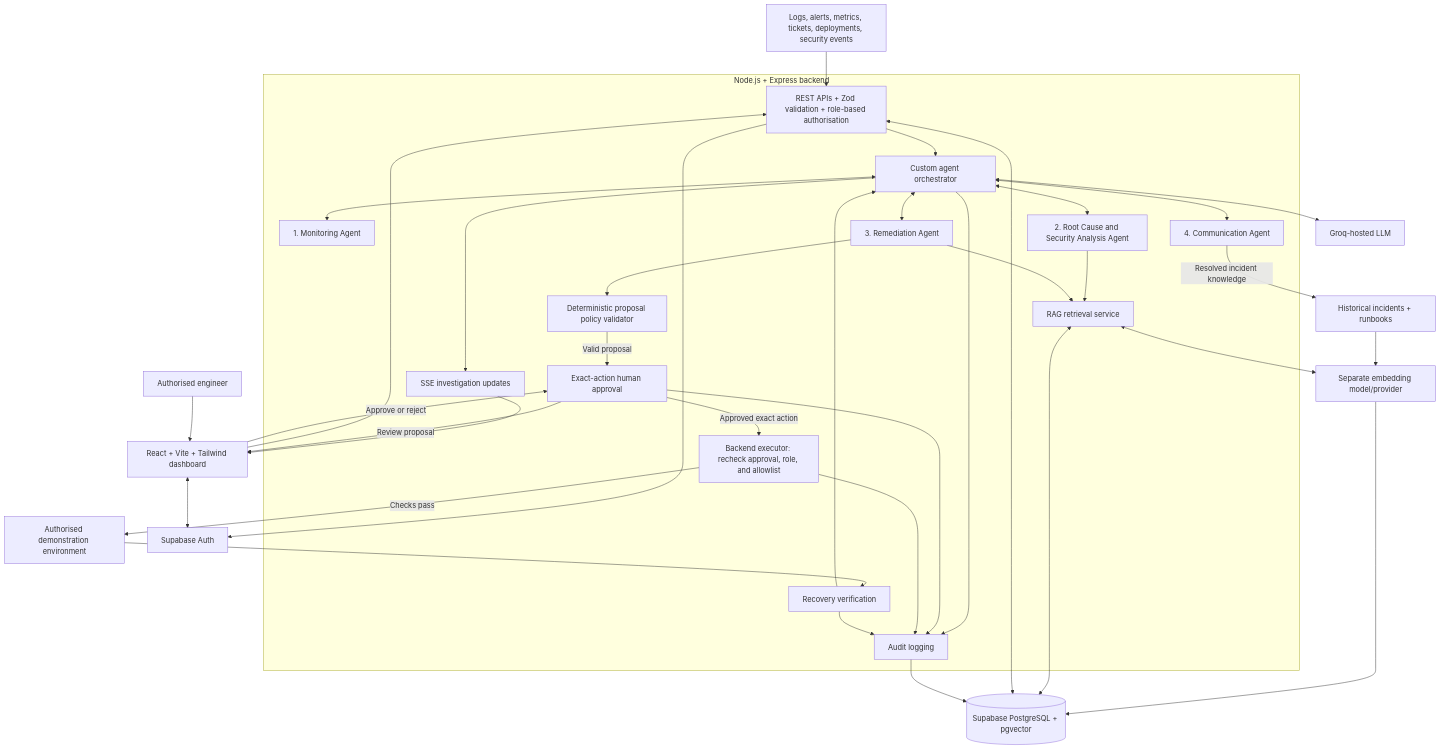
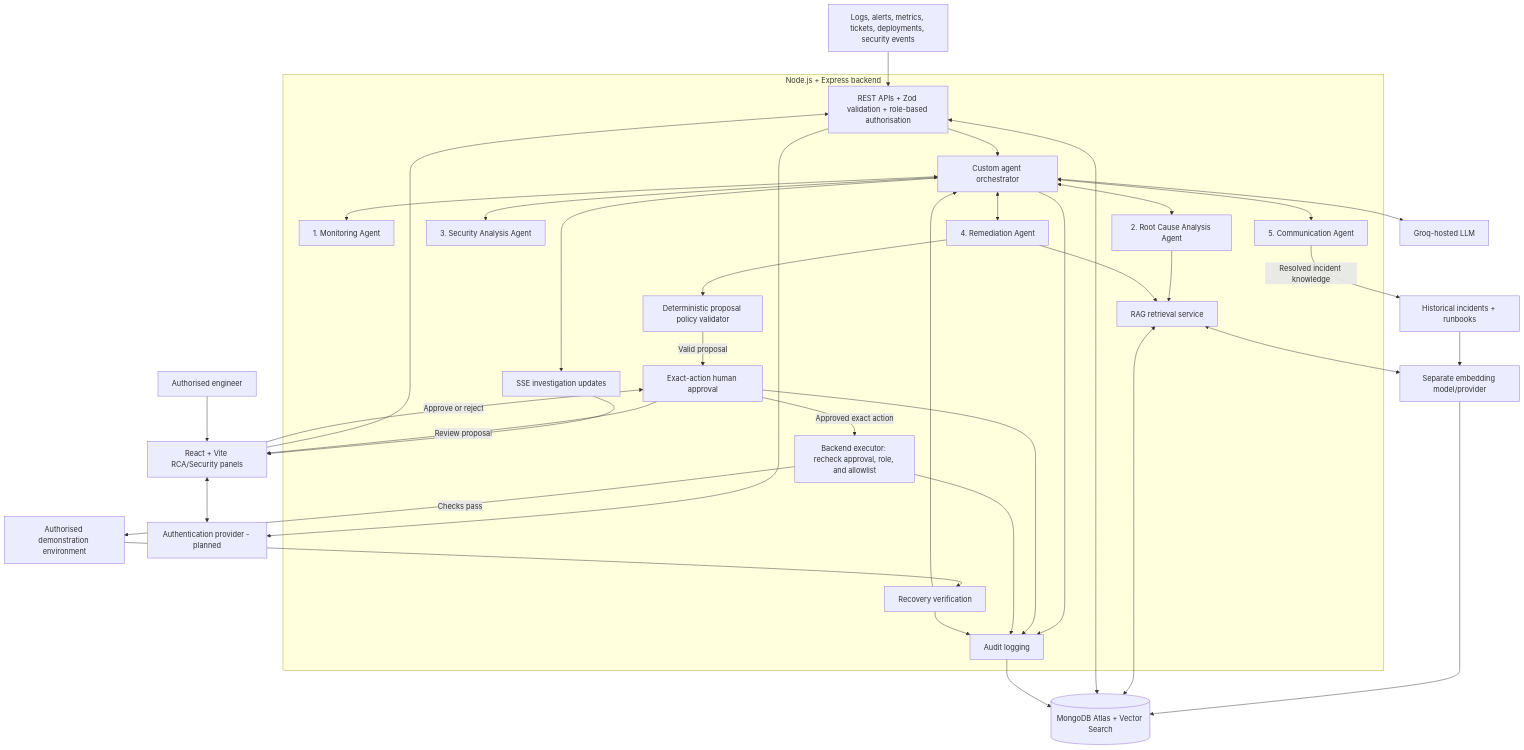
The diagram in README.md (nithishmerugu03/boltzz), drawn with Mermaid before and after one commit. The commit also changed other lines of this file and 4 other files, not shown here.

Commit message:
docs(rca-security): document agent workflow and evaluation

````diff
--- a/README.md
+++ b/README.md
@@ -64,64 +65,66 @@
 ```mermaid
 flowchart TD
     Sources[Logs, alerts, metrics, tickets, deployments, security events]
     Engineer[Authorised engineer]
-    UI[React + Vite + Tailwind dashboard]
-    Auth[Supabase Auth]
+    UI[React + Vite RCA/Security panels]
+    Auth[Authentication provider - planned]
 
     subgraph Backend[Node.js + Express backend]
         API[REST APIs + Zod validation + role-based authorisation]
         SSE[SSE investigation updates]
         Orch[Custom agent orchestrator]
         Monitor[1. Monitoring Agent]
-        RCA[2. Root Cause and Security Analysis Agent]
-        Remediation[3. Remediation Agent]
-        Comms[4. Communication Agent]
+        RCA[2. Root Cause Analysis Agent]
+        Security[3. Security Analysis Agent]
+        Remediation[4. Remediation Agent]
+        Comms[5. Communication Agent]
         RAG[RAG retrieval service]
         Policy[Deterministic proposal policy validator]
         Approval[Exact-action human approval]
         Executor[Backend executor: recheck approval, role, and allowlist]
         Verify[Recovery verification]
         Audit[Audit logging]
     end
 
     LLM[Groq-hosted LLM]
     Embeddings[Separate embedding model/provider]
-    DB[(Supabase PostgreSQL + pgvector)]
+    DB[(MongoDB Atlas + Vector Search)]
     Knowledge[Historical incidents + runbooks]
     Demo[Authorised demonstration environment]
 
     Sources --> API
     Engineer --> UI
     UI <--> Auth
     UI --> API
     API --> Auth
     API --> Orch
     Orch <--> Monitor
     Orch <--> RCA
+    Orch <--> Security
     Orch <--> Remediation
     Orch <--> Comms
     Orch <--> LLM
     RCA --> RAG
     Remediation --> RAG
     Knowledge --> Embeddings
     Embeddings --> DB
     RAG <--> Embeddings
     RAG <--> DB
     API <--> DB
     Orch --> SSE
     SSE --> UI
     Remediation --> Policy
     Policy -->|Valid proposal| Approval
     Approval -->|Review proposal| UI
     UI -->|Approve or reject| Approval
     Approval -->|Approved exact action| Executor
     Executor -->|Checks pass| Demo
     Demo --> Verify
     Verify --> Orch
     Orch --> Audit
     Approval --> Audit
     Executor --> Audit
     Verify --> Audit
     Audit --> DB
     Comms -->|Resolved incident knowledge| Knowledge
 ```
````
